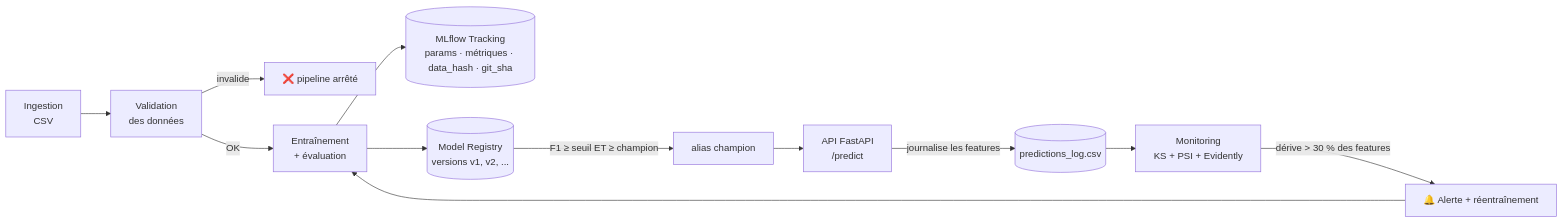
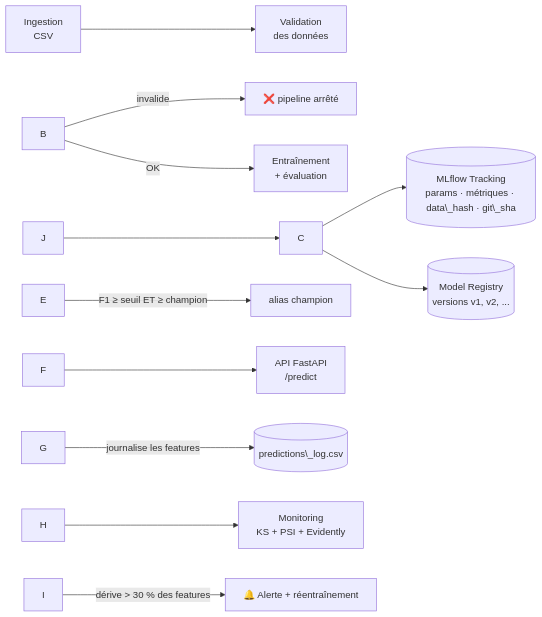
Before and after one commit to nesrinechabaane/mlops-platform: the diagram in mlops-platform/README.md, drawn with Mermaid. The commit also changed other lines of this file and 1 other file, not shown here.

Commit message:
Ajout de la démo, des résultats et du mode d'emploi

````diff
--- a/mlops-platform/README.md
+++ b/mlops-platform/README.md
@@ -17,14 +17,14 @@
 ```mermaid
 flowchart LR
-    A[Ingestion<br/>CSV] --> B[Validation<br/>des données]
-    B -->|invalide| X[❌ pipeline arrêté]
-    B -->|OK| C[Entraînement<br/>+ évaluation]
-    C --> D[(MLflow Tracking<br/>params · métriques · data_hash · git_sha)]
-    C --> E[(Model Registry<br/>versions v1, v2, ...)]
-    E -->|F1 ≥ seuil ET ≥ champion| F[alias champion]
-    F --> G[API FastAPI<br/>/predict]
-    G -->|journalise les features| H[(predictions_log.csv)]
-    H --> I[Monitoring<br/>KS + PSI + Evidently]
-    I -->|dérive > 30 % des features| J[🔔 Alerte + réentraînement]
+    A\[Ingestion<br/>CSV] --> B\[Validation<br/>des données]
+    B -->|invalide| X\[❌ pipeline arrêté]
+    B -->|OK| C\[Entraînement<br/>+ évaluation]
+    C --> D\[(MLflow Tracking<br/>params · métriques · data\_hash · git\_sha)]
+    C --> E\[(Model Registry<br/>versions v1, v2, ...)]
+    E -->|F1 ≥ seuil ET ≥ champion| F\[alias champion]
+    F --> G\[API FastAPI<br/>/predict]
+    G -->|journalise les features| H\[(predictions\_log.csv)]
+    H --> I\[Monitoring<br/>KS + PSI + Evidently]
+    I -->|dérive > 30 % des features| J\[🔔 Alerte + réentraînement]
     J --> C
 ```
````
